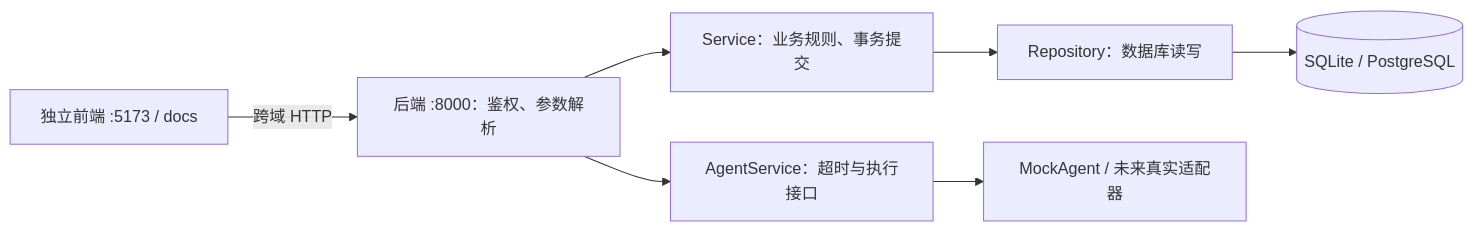
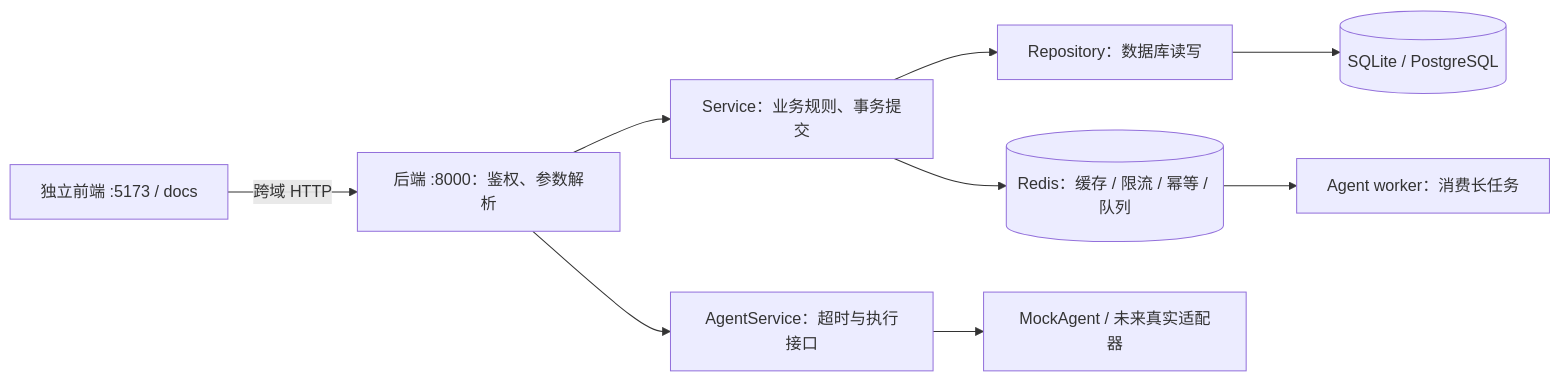
Before and after one commit to chi-0710/FastAPI_demo: the diagram in README.md, drawn with Mermaid. The commit also changed other lines of this file and 40 other files, not shown here.

First line of the commit message:
refactor: 领域化分层并接入 Redis 与 Agent 长任务对账

````diff
--- a/README.md
+++ b/README.md
@@ -66,9 +66,11 @@
 ```mermaid
 flowchart LR
     A[独立前端 :5173 / docs] -->|跨域 HTTP| B[后端 :8000：鉴权、参数解析]
     B --> C[Service：业务规则、事务提交]
     C --> D[Repository：数据库读写]
     D --> E[(SQLite / PostgreSQL)]
+    C --> R[(Redis：缓存 / 限流 / 幂等 / 队列)]
     B --> F[AgentService：超时与执行接口]
     F --> G[MockAgent / 未来真实适配器]
+    R --> W[Agent worker：消费长任务]
 ```
````
